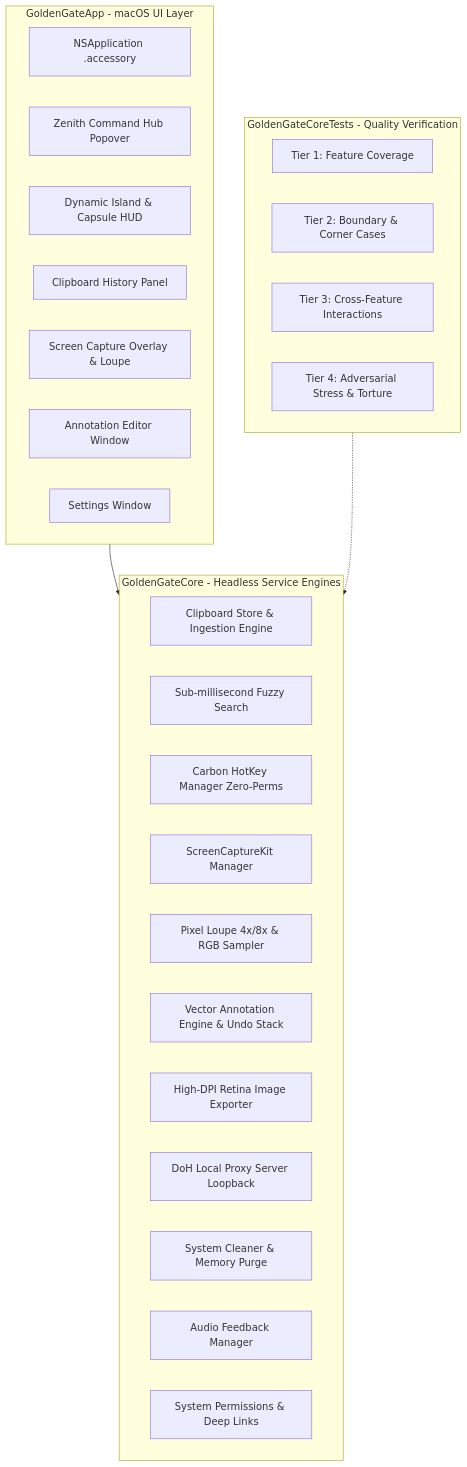
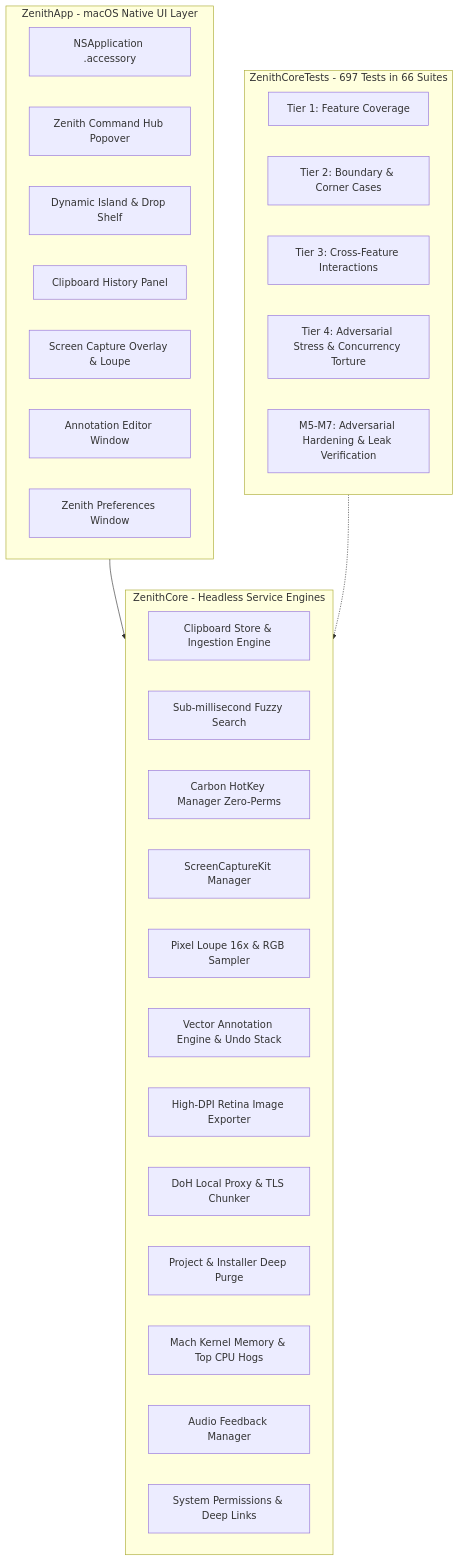
Before and after one commit to mynameisbat/zenith-macos: the diagram in README.md, drawn with Mermaid. The commit also changed other lines of this file, not shown here.

Commit message:
docs: modernize README with Zenith architecture, 697 tests, and live website link

````diff
--- a/README.md
+++ b/README.md
@@ -171,36 +188,38 @@
 ```mermaid
 graph TD
-    subgraph UI_Layer [GoldenGateApp - macOS UI Layer]
+    subgraph UI_Layer [ZenithApp - macOS Native UI Layer]
         NSApp[NSApplication .accessory]
         MenuHub[Zenith Command Hub Popover]
-        NotchHUD[Dynamic Island & Capsule HUD]
+        NotchHUD[Dynamic Island & Drop Shelf]
         ClipPanel[Clipboard History Panel]
         CapOverlay[Screen Capture Overlay & Loupe]
         AnnotWin[Annotation Editor Window]
-        PrefWin[Settings Window]
+        PrefWin[Zenith Preferences Window]
     end
 
-    subgraph Core_Layer [GoldenGateCore - Headless Service Engines]
+    subgraph Core_Layer [ZenithCore - Headless Service Engines]
         ClipStore[Clipboard Store & Ingestion Engine]
         FuzzySearch[Sub-millisecond Fuzzy Search]
         HotKeys[Carbon HotKey Manager Zero-Perms]
         SCKit[ScreenCaptureKit Manager]
-        Loupe[Pixel Loupe 4x/8x & RGB Sampler]
+        Loupe[Pixel Loupe 16x & RGB Sampler]
         AnnotEngine[Vector Annotation Engine & Undo Stack]
         ExportService[High-DPI Retina Image Exporter]
-        DoHProxy[DoH Local Proxy Server Loopback]
-        Cleaner[System Cleaner & Memory Purge]
+        DoHProxy[DoH Local Proxy & TLS Chunker]
+        PurgeService[Project & Installer Deep Purge]
+        Telemetry[Mach Kernel Memory & Top CPU Hogs]
         AudioMgr[Audio Feedback Manager]
         Perms[System Permissions & Deep Links]
     end
 
-    subgraph Test_Layer [GoldenGateCoreTests - Quality Verification]
+    subgraph Test_Layer [ZenithCoreTests - 697 Tests in 66 Suites]
         T1[Tier 1: Feature Coverage]
         T2[Tier 2: Boundary & Corner Cases]
         T3[Tier 3: Cross-Feature Interactions]
-        T4[Tier 4: Adversarial Stress & Torture]
+        T4[Tier 4: Adversarial Stress & Concurrency Torture]
+        T5[M5-M7: Adversarial Hardening & Leak Verification]
     end
 
     UI_Layer --> Core_Layer
     Test_Layer -.-> Core_Layer
 ```
````
